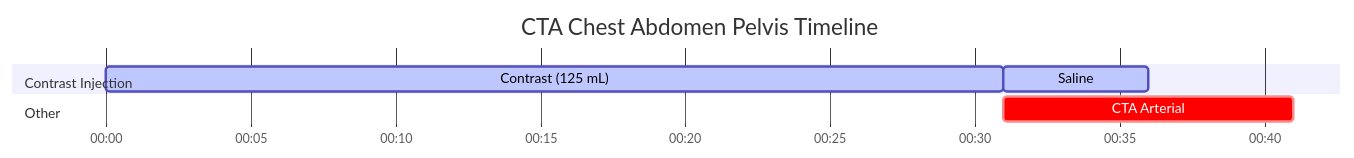
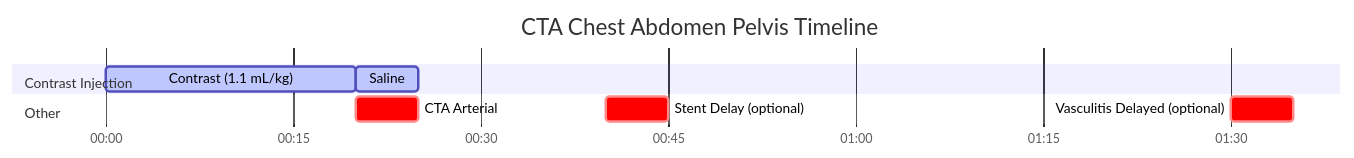
The diagram in docs/ct/vascular/cta-chest-abdomen-pelvis.md (dfergs93/radiology-protocols), drawn with Mermaid before and after one commit. The commit also changed other lines of this file and 26 other files, not shown here.

````diff
--- a/docs/ct/vascular/cta-chest-abdomen-pelvis.md
+++ b/docs/ct/vascular/cta-chest-abdomen-pelvis.md
@@ -85,18 +88,20 @@
   ```mermaid
   ---
   displayMode: compact
   config:
     theme: default
     themeCSS: " #Saline{ fill: #4ed5ff; stroke: #2094f3; } "
   ---
     gantt
       title CTA Chest Abdomen Pelvis Timeline
       dateFormat mm:ss
       axisFormat %M:%S 
       
       section Contrast Injection
-      Contrast (125 mL)    :active, contrast, 00:00, 31s
+      Contrast (1.1 mL/kg)    :active, contrast, 00:00, 20s
       Saline          :active, saline, after contrast, 5s
       section Other
-      CTA Arterial    :crit, scan1, after contrast, 10s
+      CTA Arterial    :crit, scan1, after contrast, 5s
+      Stent Delay (optional)    :crit, scan2, 00:40, 5s
+      Vasculitis Delayed (optional)    :crit, scan3, 01:30, 5s
   ```
````
